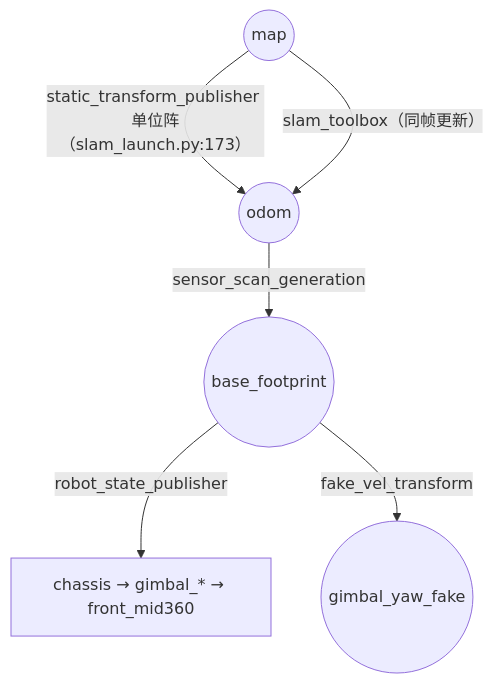
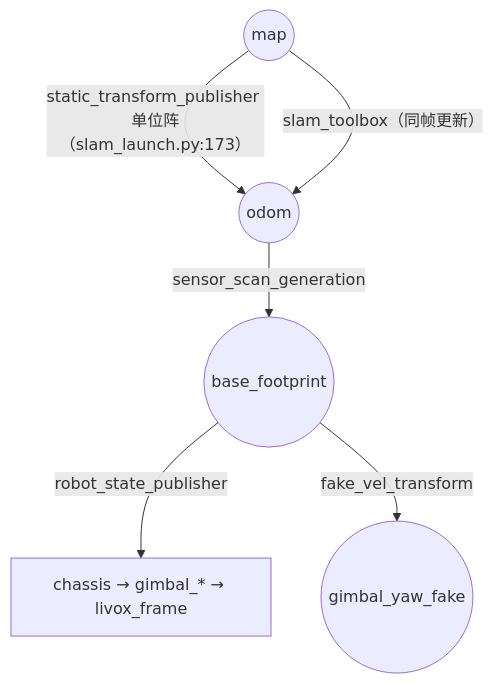
One commit to YD07-xyt/NavX changed the fifth of 5 diagrams in docs_ros2_packages_and_tf.md. Above: the diagram before and after it, drawn with Mermaid. The commit also changed other lines of this file and 9 other files, not shown here.

First line of the commit message:
refactor(tf): 雷达帧 front_mid360 统一为 livox_frame

````diff
--- a/docs_ros2_packages_and_tf.md
+++ b/docs_ros2_packages_and_tf.md
@@ -470,8 +470,8 @@
 ```mermaid
 graph TD
   map((map)) -->|"static_transform_publisher 单位阵<br/>（slam_launch.py:173）"| odom((odom))
   map -->|"slam_toolbox（同帧更新）"| odom
   odom -->|"sensor_scan_generation"| bf((base_footprint))
-  bf -->|robot_state_publisher| rest["chassis → gimbal_* → front_mid360"]
+  bf -->|robot_state_publisher| rest["chassis → gimbal_* → livox_frame"]
   bf -->|fake_vel_transform| fake((gimbal_yaw_fake))
 ```
````
